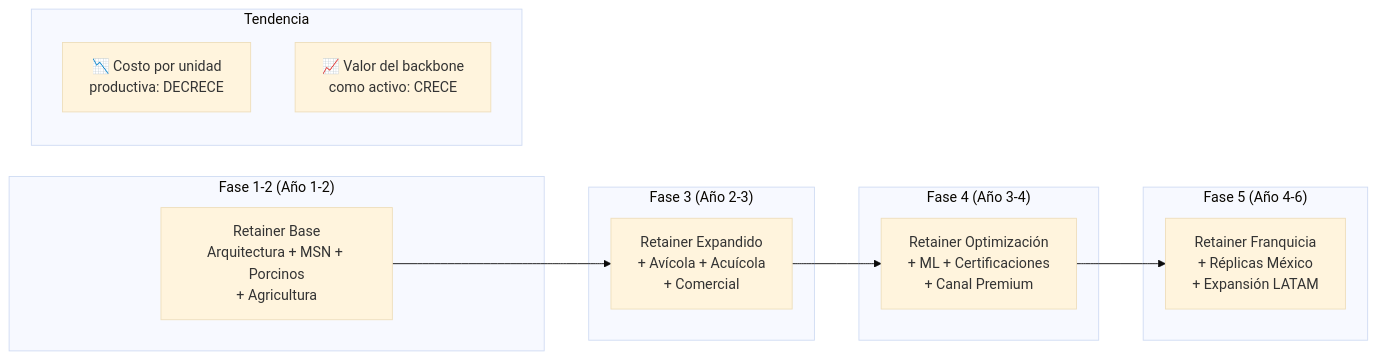
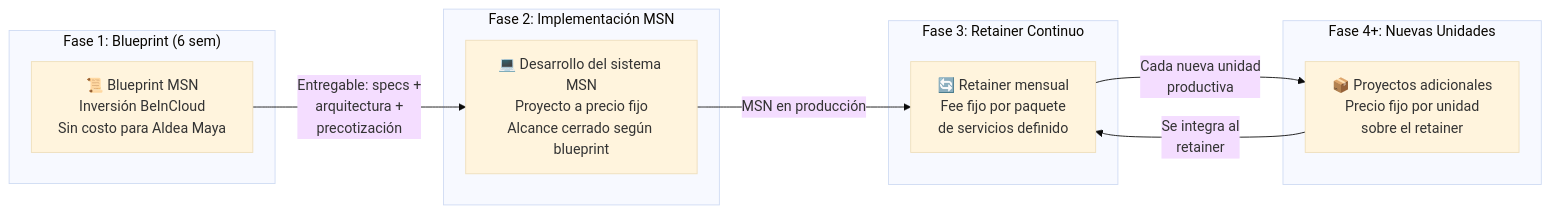
Before and after one commit to gabogosp/Aldea-Maya-Digital-Backbone: the fifth of 5 diagrams in 05-roadmap-economics.md, drawn with Mermaid (base theme). The commit also changed other lines of this file and 6 other files, not shown here.

````diff
--- a/05-roadmap-economics.md
+++ b/05-roadmap-economics.md
@@ -121,25 +205,23 @@
 ```mermaid
-graph LR
-    subgraph "Fase 1-2 (Año 1-2)"
-        R1[Retainer Base<br/>Arquitectura + MSN + Porcinos<br/>+ Agricultura]
+flowchart LR
+    subgraph "Fase 1: Blueprint (6 sem)"
+        BP[📜 Blueprint MSN<br/>Inversión BeInCloud<br/>Sin costo para Aldea Maya]
     end
 
-    subgraph "Fase 3 (Año 2-3)"
-        R2[Retainer Expandido<br/>+ Avícola + Acuícola<br/>+ Comercial]
+    subgraph "Fase 2: Implementación MSN"
+        IMP[💻 Desarrollo del sistema MSN<br/>Proyecto a precio fijo<br/>Alcance cerrado según blueprint]
     end
 
-    subgraph "Fase 4 (Año 3-4)"
-        R3[Retainer Optimización<br/>+ ML + Certificaciones<br/>+ Canal Premium]
+    subgraph "Fase 3: Retainer Continuo"
+        RET[🔄 Retainer mensual<br/>Fee fijo por paquete<br/>de servicios definido]
     end
 
-    subgraph "Fase 5 (Año 4-6)"
-        R4[Retainer Franquicia<br/>+ Réplicas México<br/>+ Expansión LATAM]
+    subgraph "Fase 4+: Nuevas Unidades"
+        NEW[📦 Proyectos adicionales<br/>Precio fijo por unidad<br/>sobre el retainer]
     end
 
-    R1 --> R2 --> R3 --> R4
-
-    subgraph "Tendencia"
-        T1[📉 Costo por unidad<br/>productiva: DECRECE]
-        T2[📈 Valor del backbone<br/>como activo: CRECE]
-    end
+    BP -->|"Entregable: specs +<br/>arquitectura +<br/>precotización"| IMP
+    IMP -->|"MSN en producción"| RET
+    RET -->|"Cada nueva unidad<br/>productiva"| NEW
+    NEW -->|"Se integra al<br/>retainer"| RET
 ```
````
